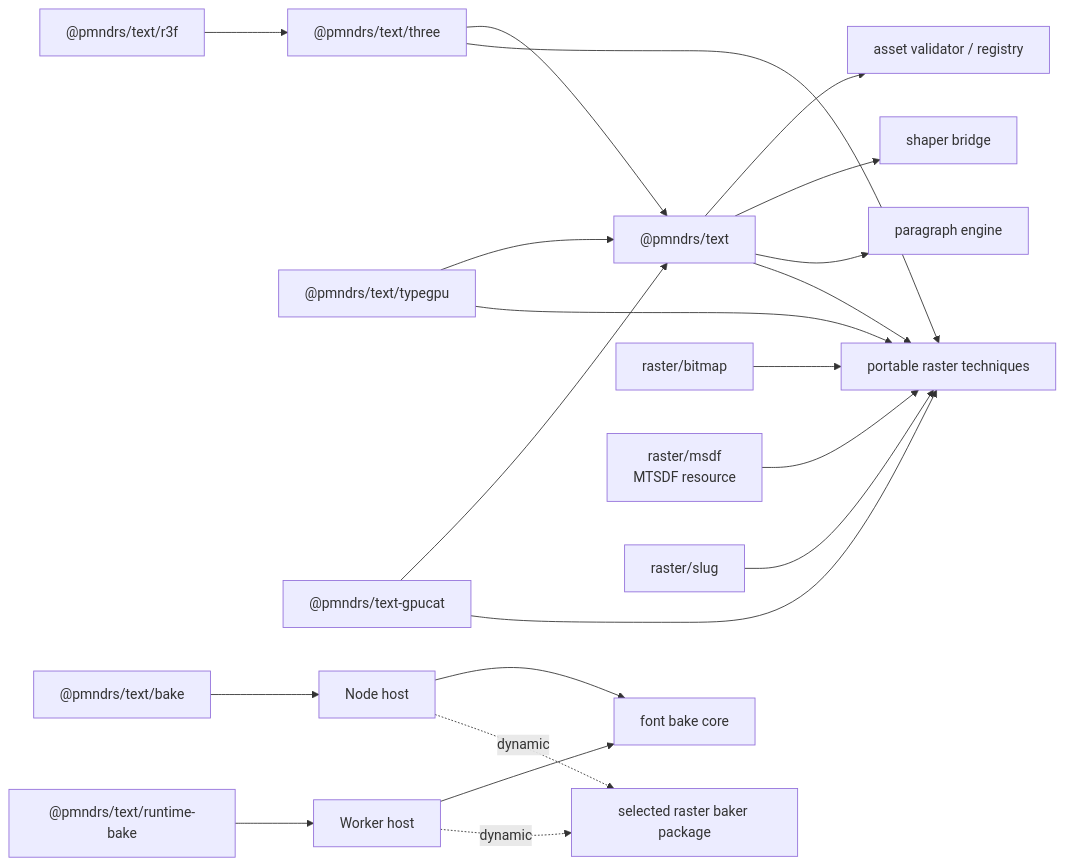
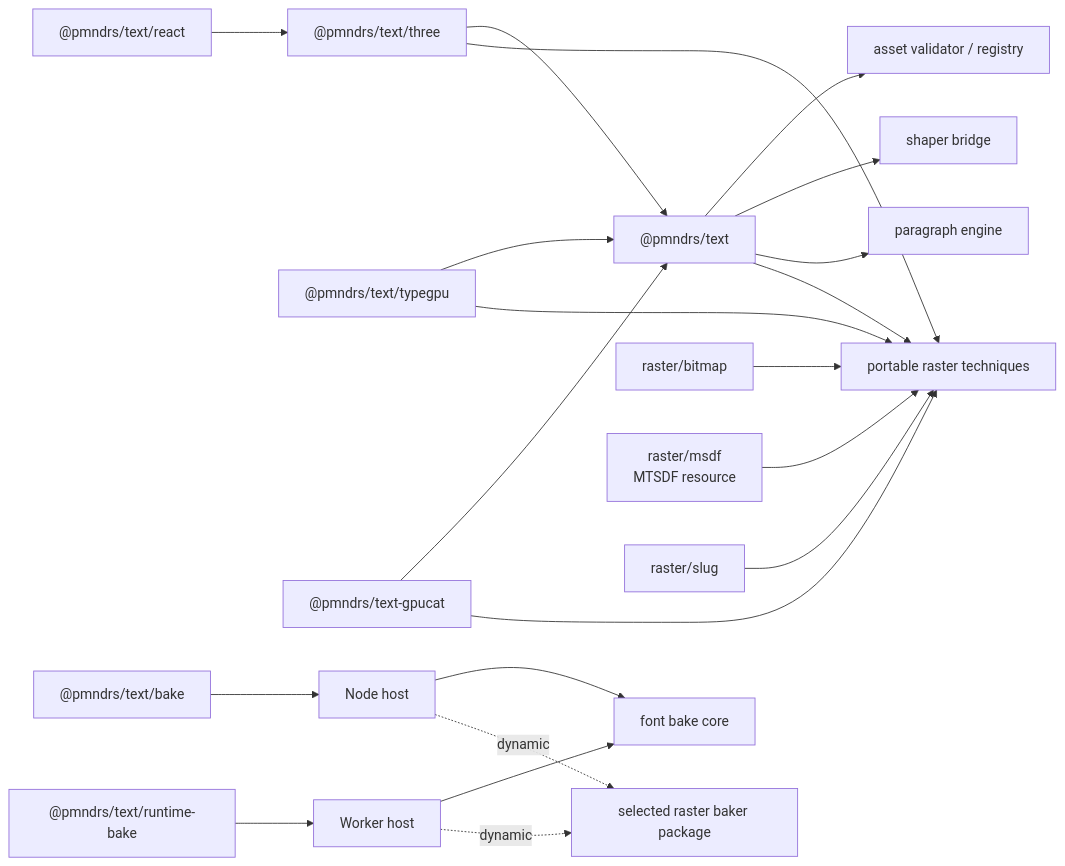
One commit to pmndrs/glyph changed the third of 6 diagrams in docs/planning/architecture.md. Above: the diagram before and after it, drawn with Mermaid. The commit also changed 16 other files, not shown here.

````diff
--- a/docs/planning/architecture.md
+++ b/docs/planning/architecture.md
@@ -249,20 +249,20 @@
 ```mermaid
 flowchart LR
-  React["@pmndrs/text/r3f"] --> Three["@pmndrs/text/three"] --> Core["@pmndrs/text"]
+  React["@pmndrs/text/react"] --> Three["@pmndrs/text/three"] --> Core["@pmndrs/text"]
   TypeGPU["@pmndrs/text/typegpu"] --> Core
   Gpucat["@pmndrs/text-gpucat"] --> Core
   Core --> Registry["asset validator / registry"]
   Core --> Shaper["shaper bridge"]
   Core --> Paragraph["paragraph engine"]
   Core --> Interfaces["portable raster techniques"]
   Bake["@pmndrs/text/bake"] --> Node["Node host"] --> Shared["font bake core"]
   Runtime["@pmndrs/text/runtime-bake"] --> Worker["Worker host"] --> Shared
   Node -. "dynamic" .-> Generator["selected raster baker package"]
   Worker -. "dynamic" .-> Generator
   Bitmap["raster/bitmap"] --> Interfaces
   Msdf["raster/msdf<br/>MTSDF resource"] --> Interfaces
   Slug["raster/slug"] --> Interfaces
   Three --> Interfaces
   TypeGPU --> Interfaces
   Gpucat --> Interfaces
 ```
````
